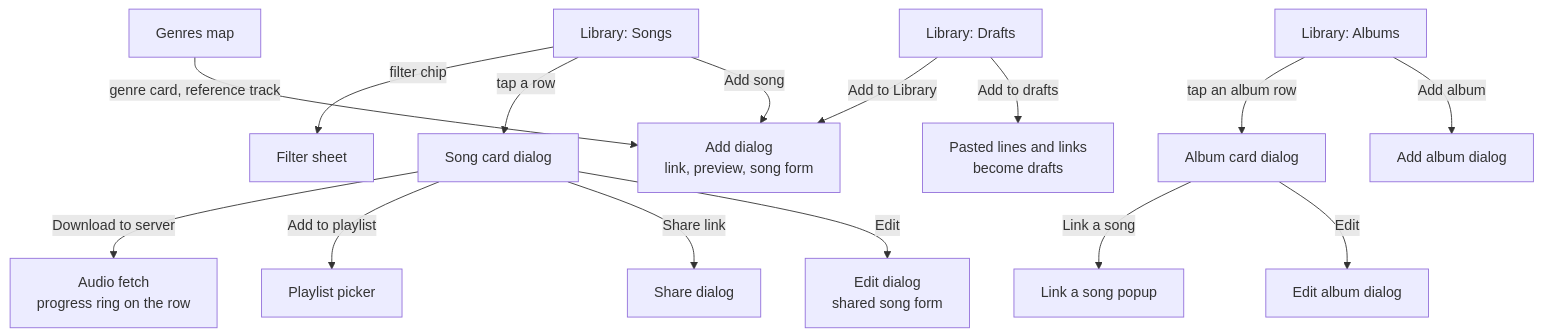
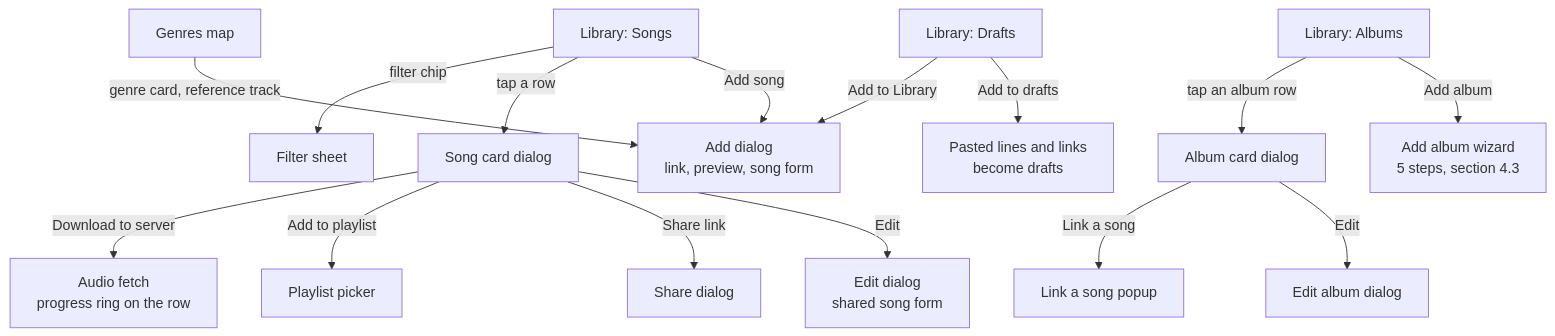
The fifth of 13 diagrams in docs/ui-ux/screen-flow.md (alexisayenko/project-audioplayer), drawn with Mermaid before and after one commit. The commit also changed other lines of this file and 6 other files, not shown here.

First line of the commit message:
docs: Add album wizard is the five-step flow

````diff
--- a/docs/ui-ux/screen-flow.md
+++ b/docs/ui-ux/screen-flow.md
@@ -184,17 +184,17 @@
 ```mermaid
 flowchart TD
   Songs["Library: Songs"] -->|"Add song"| AddSong["Add dialog<br/>link, preview, song form"]
   Songs -->|"tap a row"| Card["Song card dialog"]
   Card -->|"Edit"| EditSong["Edit dialog<br/>shared song form"]
   Card -->|"Share link"| ShareD["Share dialog"]
   Card -->|"Add to playlist"| PlPicker["Playlist picker"]
   Card -->|"Download to server"| Fetch["Audio fetch<br/>progress ring on the row"]
   Songs -->|"filter chip"| Filter["Filter sheet"]
-  AlbumList["Library: Albums"] -->|"Add album"| AddAlbum["Add album dialog"]
+  AlbumList["Library: Albums"] -->|"Add album"| AddAlbum["Add album wizard<br/>5 steps, section 4.3"]
   AlbumList -->|"tap an album row"| AlbumCard["Album card dialog"]
   AlbumCard -->|"Edit"| EditAlbum["Edit album dialog"]
   AlbumCard -->|"Link a song"| LinkPop["Link a song popup"]
   Drafts["Library: Drafts"] -->|"Add to drafts"| Paste["Pasted lines and links<br/>become drafts"]
   Drafts -->|"Add to Library"| AddSong
   Genres["Genres map"] -->|"genre card, reference track"| AddSong
 ```
````
